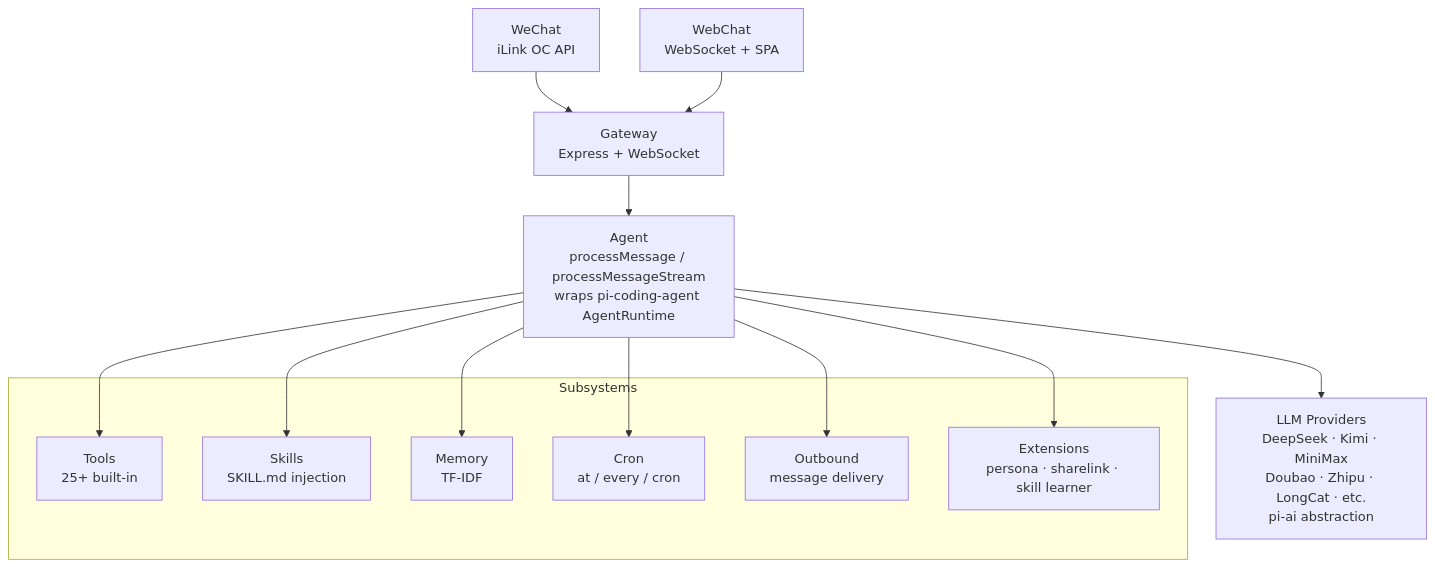
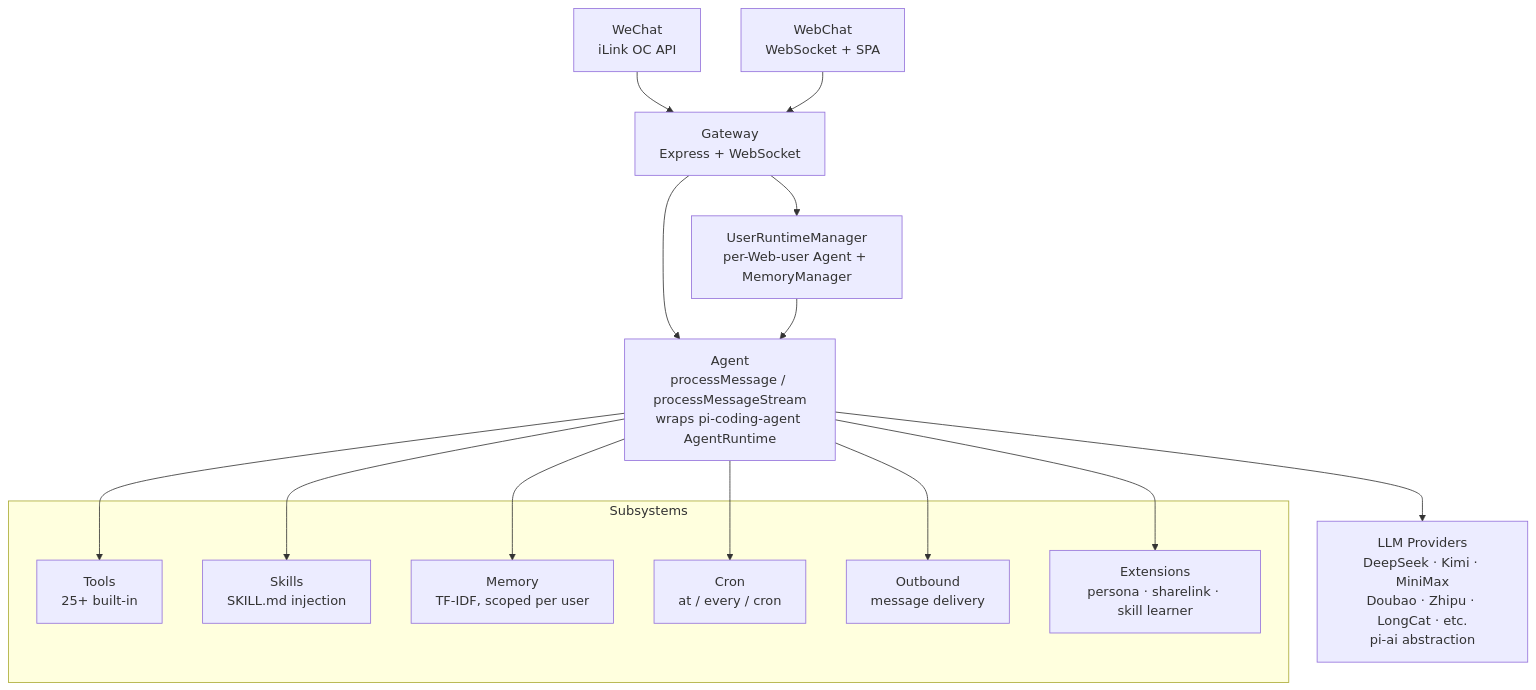
One commit to counhopig/vex-bot changed the diagram in README.md. Above: the diagram before and after it, drawn with Mermaid. The commit also changed other lines of this file and 25 other files, not shown here.

````diff
--- a/README.md
+++ b/README.md
@@ -33,25 +34,28 @@
 ```mermaid
 flowchart TD
     WX[WeChat<br/>iLink OC API] --> GW
     WC[WebChat<br/>WebSocket + SPA] --> GW
 
-    GW[Gateway<br/>Express + WebSocket] --> AG
+    GW[Gateway<br/>Express + WebSocket] --> URM
+    GW --> AG
+
+    URM[UserRuntimeManager<br/>per-Web-user Agent + MemoryManager] --> AG
 
     AG[Agent<br/>processMessage / processMessageStream<br/>wraps pi-coding-agent AgentRuntime] --> TO
     AG --> SK
     AG --> ME
     AG --> CR
     AG --> OB
 
     subgraph Subsystems
         TO[Tools<br/>25+ built-in]
         SK[Skills<br/>SKILL.md injection]
-        ME[Memory<br/>TF-IDF]
+        ME[Memory<br/>TF-IDF, scoped per user]
         CR[Cron<br/>at / every / cron]
         OB[Outbound<br/>message delivery]
         EX[Extensions<br/>persona · sharelink · skill learner]
     end
 
     AG --> PR[LLM Providers<br/>DeepSeek · Kimi · MiniMax<br/>Doubao · Zhipu · LongCat · etc.<br/>pi-ai abstraction]
     AG --> EX
 ```
````
